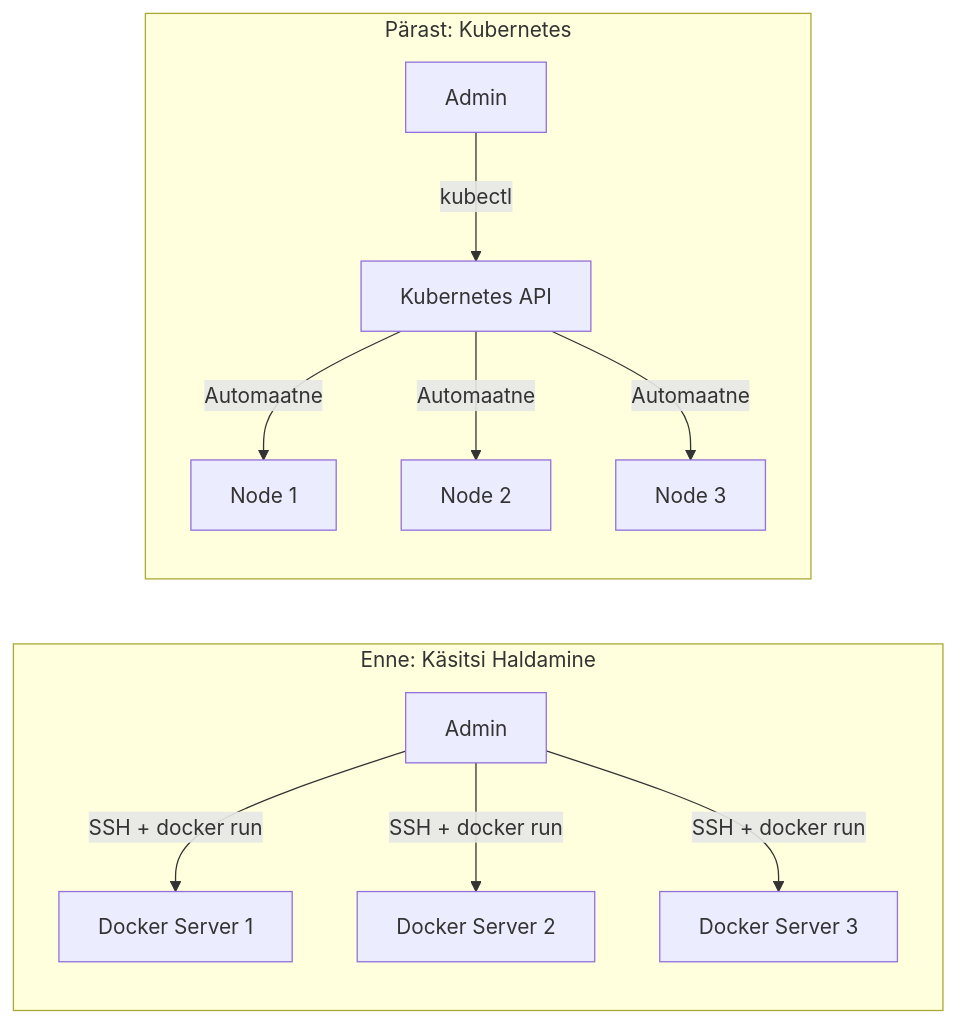
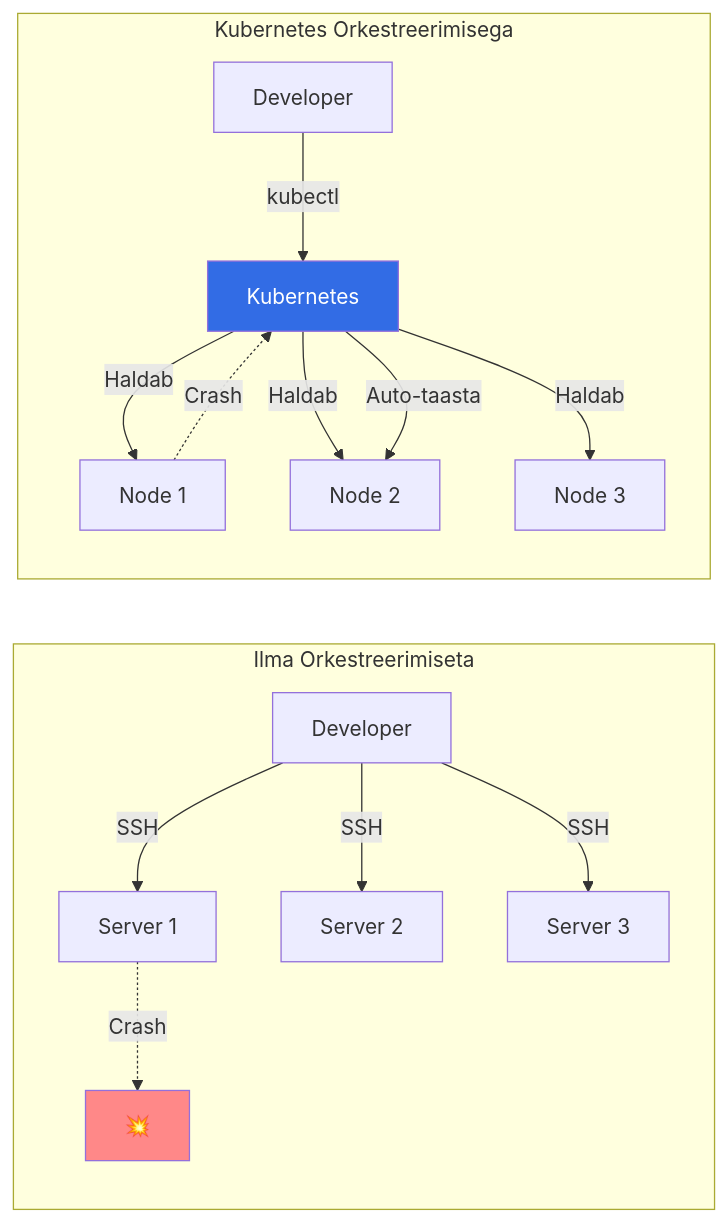
The first of 4 diagrams in docs/kubernetes/loeng.md (mtalvik/automatiseerimine_ext), drawn with Mermaid before and after one commit. The commit also changed other lines of this file and 5 other files, not shown here.

````diff
--- a/docs/kubernetes/loeng.md
+++ b/docs/kubernetes/loeng.md
@@ -47,22 +46,21 @@
 ```mermaid
 graph LR
-    subgraph "Enne: Käsitsi Haldamine"
-        D1[Docker Server 1]
-        D2[Docker Server 2]
-        D3[Docker Server 3]
-        Admin[Admin] -->|SSH + docker run| D1
-        Admin -->|SSH + docker run| D2
-        Admin -->|SSH + docker run| D3
+    subgraph "Ilma Orkestreerimiseta"
+    D1[Developer] -->|SSH| S1[Server 1]
+    D1 -->|SSH| S2[Server 2]
+    D1 -->|SSH| S3[Server 3]
+    S1 -.->|Crash| X1[💥]
     end
     
-    subgraph "Pärast: Kubernetes"
-        K[Kubernetes API]
-        N1[Node 1]
-        N2[Node 2]
-        N3[Node 3]
-        Admin2[Admin] -->|kubectl| K
-        K -->|Automaatne| N1
-        K -->|Automaatne| N2
-        K -->|Automaatne| N3
+    subgraph "Kubernetes Orkestreerimisega"
+    D2[Developer] -->|kubectl| K[Kubernetes]
+    K -->|Haldab| N1[Node 1]
+    K -->|Haldab| N2[Node 2]
+    K -->|Haldab| N3[Node 3]
+    N1 -.->|Crash| K
+    K -->|Auto-taasta| N2
     end
+    
+    style X1 fill:#f88
+    style K fill:#326ce5,color:#fff
 ```
````
